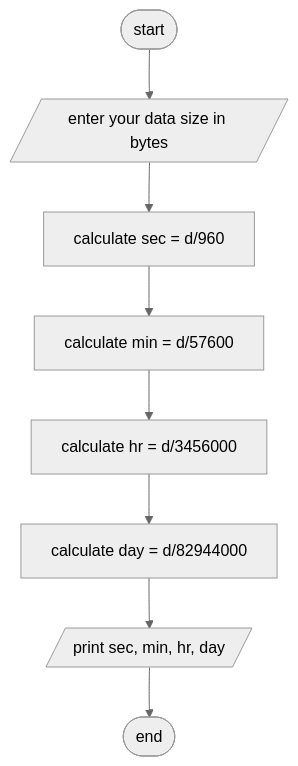
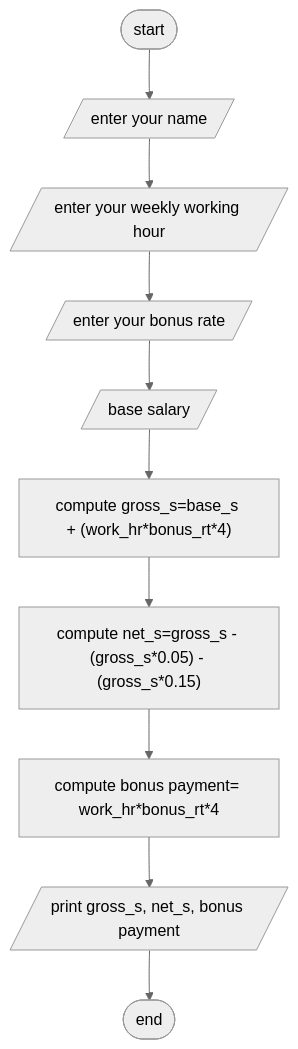
One commit to SWEG-2015EC-Batch/Codify changed the diagram in ETS1118_15_Philipos_Hailu/2nd year/Exercise 1/Q5 Salary problem/Analysis.md. Above: the diagram before and after it, drawn with Mermaid (neutral theme). The commit also changed other lines of this file, not shown here.

````diff
--- a/ETS1118_15_Philipos_Hailu/2nd year/Exercise 1/Q5 Salary problem/Analysis.md
+++ b/ETS1118_15_Philipos_Hailu/2nd year/Exercise 1/Q5 Salary problem/Analysis.md
@@ -34,11 +35,12 @@
 ```mermaid
 flowchart TD;
-A([start]) --> B[/enter your data size in bytes /];
-
-B --> C["calculate sec = d/960"];
-C --> D["calculate min = d/57600"];
-D --> E["calculate  hr = d/3456000"];
-E --> F["calculate day = d/82944000"];
-F --> G[/print sec, min, hr, day/];
-G --> H([end]);
+A([start]) --> B[/enter your name/];
+B --> C[/enter your weekly working hour/];
+C --> D[/enter your bonus rate/];
+D --> E[/base salary/];
+E--> F["compute gross_s=base_s + (work_hr*bonus_rt*4)"];
+F --> G["compute net_s=gross_s - (gross_s*0.05) - (gross_s*0.15)"];
+G --> H["compute bonus payment= work_hr*bonus_rt*4"];
+H --> I[/print gross_s, net_s, bonus payment/];
+I --> J([end]);
 ```
````
